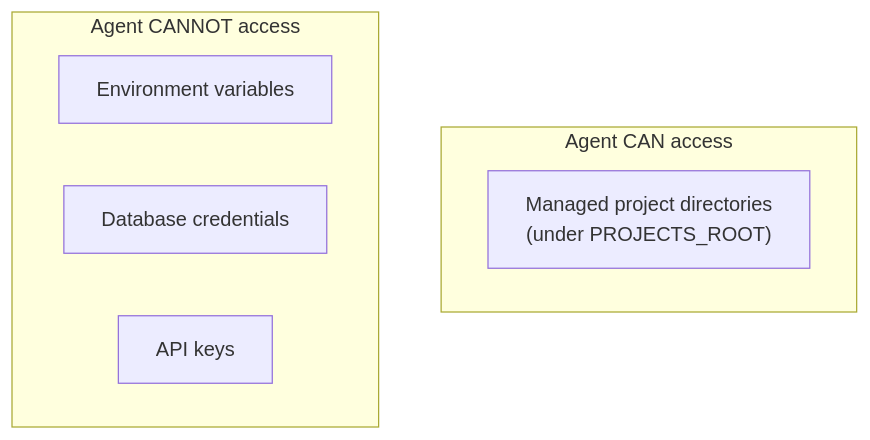
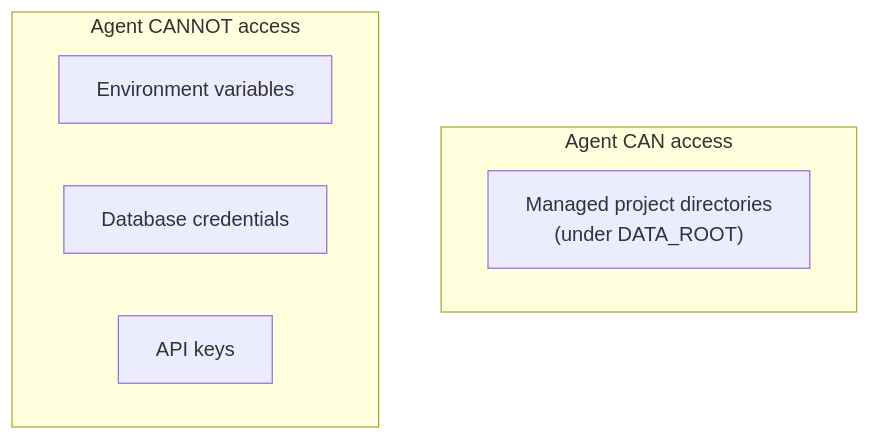
Before and after one commit to Wh1isper/netherbrain: the third of 3 diagrams in spec/agent_runtime/02-configuration.md, drawn with Mermaid. The commit also changed other lines of this file and 16 other files, not shown here.

````diff
--- a/spec/agent_runtime/02-configuration.md
+++ b/spec/agent_runtime/02-configuration.md
@@ -210,12 +210,12 @@
 ```mermaid
 flowchart TB
     subgraph Safe["Agent CAN access"]
-        WD["Managed project directories<br/>(under PROJECTS_ROOT)"]
+        WD["Managed project directories<br/>(under DATA_ROOT)"]
     end
 
     subgraph Blocked["Agent CANNOT access"]
         EV["Environment variables"]
         DB["Database credentials"]
         AK["API keys"]
     end
 ```
````
